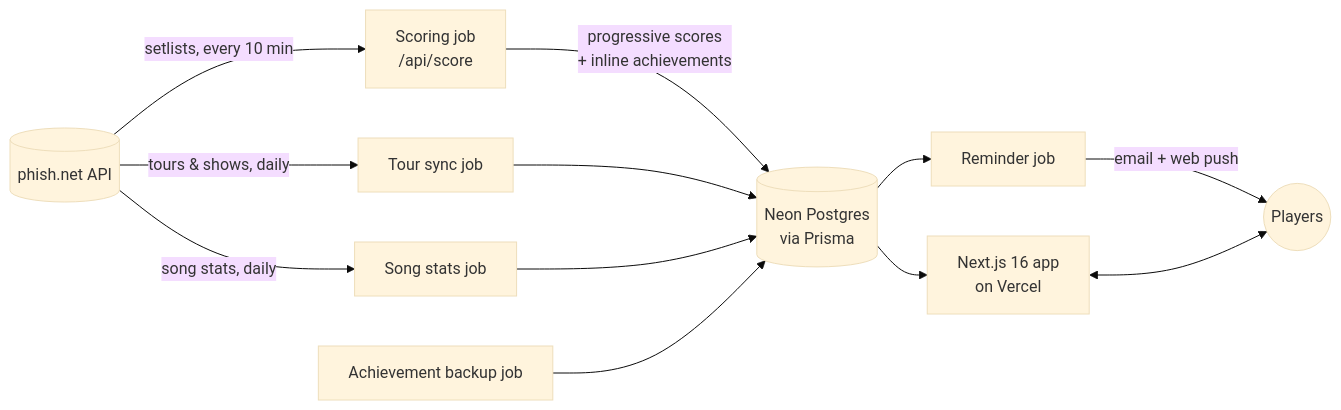
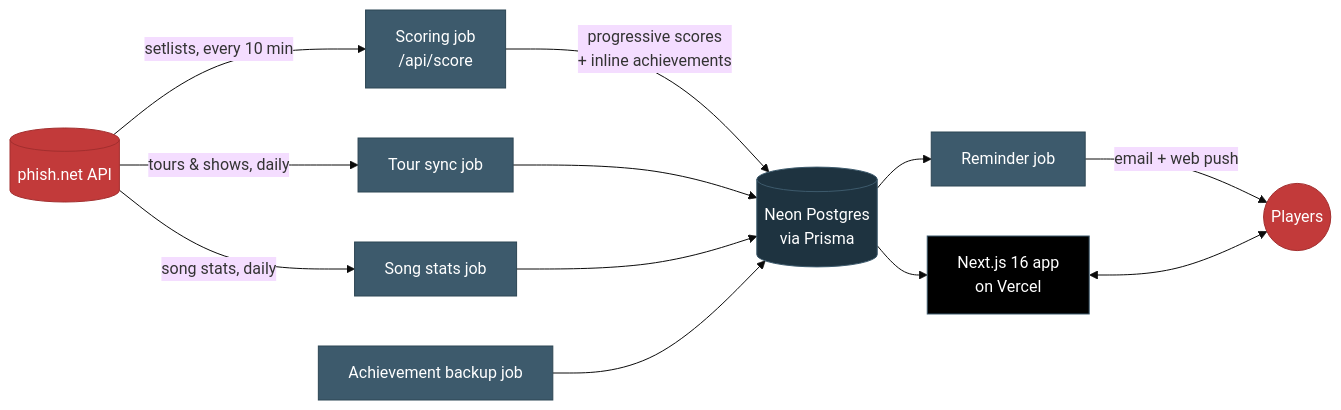
One commit to CaseyKelly/fantasyphish changed the diagram in README.md. Above: the diagram before and after it, drawn with Mermaid (base theme). The commit also changed other lines of this file and 1 other file, not shown here.

````diff
--- a/README.md
+++ b/README.md
@@ -70,14 +90,23 @@
 ```mermaid
 flowchart LR
     PN[(phish.net API)] -->|setlists, every 10 min| SC[Scoring job<br/>/api/score]
     PN -->|tours & shows, daily| ST[Tour sync job]
     PN -->|song stats, daily| SS[Song stats job]
     SC -->|progressive scores<br/>+ inline achievements| DB[(Neon Postgres<br/>via Prisma)]
     ST --> DB
     SS --> DB
     AA[Achievement backup job] --> DB
     DB --> RM[Reminder job]
     RM -->|email + web push| U((Players))
     DB --> APP[Next.js 16 app<br/>on Vercel]
     APP <--> U
+
+    classDef ext fill:#c23a3a,stroke:#a32e2e,color:#fff
+    classDef job fill:#3d5a6c,stroke:#2d4654,color:#fff
+    classDef store fill:#1e3340,stroke:#3d5a6c,color:#fff
+    classDef app fill:#000,stroke:#3d5a6c,color:#fff
+    class PN,U ext
+    class SC,ST,SS,AA,RM job
+    class DB store
+    class APP app
 ```
````
